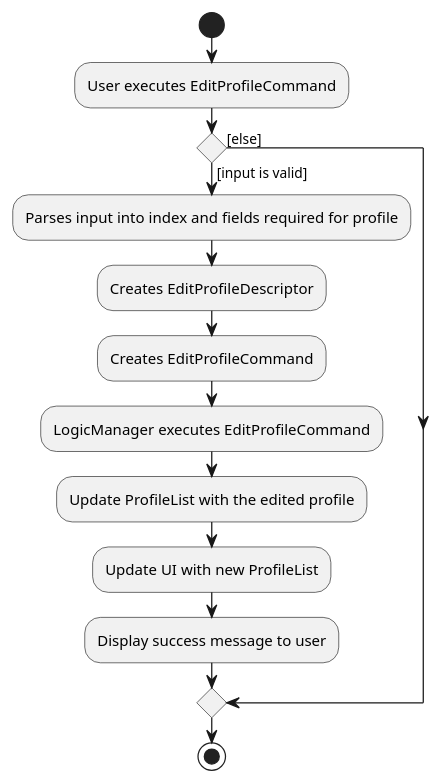
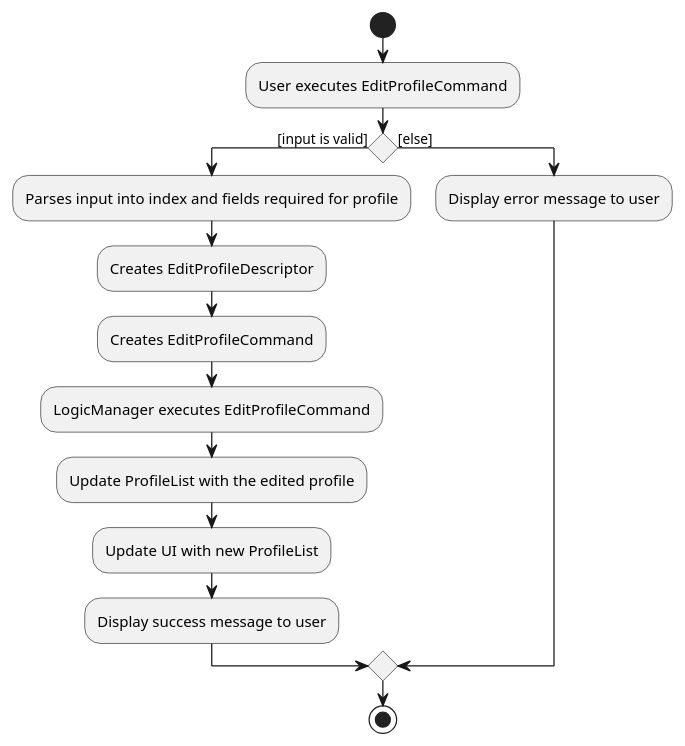
The diagram in docs/diagrams/commands/EditProfileCommandActivityDiagram.puml (nus-cs2103-AY2223S1/tp), drawn with PlantUML before and after one commit. The commit also changed 8 other files, not shown here.

Commit message:
Update activity and sequence diagrams

```diff
--- a/docs/diagrams/commands/EditProfileCommandActivityDiagram.puml
+++ b/docs/diagrams/commands/EditProfileCommandActivityDiagram.puml
@@ -1,16 +1,17 @@
 @startuml
 start
 :User executes EditProfileCommand;
 
 if () then ([input is valid])
     :Parses input into index and fields required for profile;
     :Creates EditProfileDescriptor;
     :Creates EditProfileCommand;
     :LogicManager executes EditProfileCommand;
     :Update ProfileList with the edited profile;
     :Update UI with new ProfileList;
     :Display success message to user;
 else ([else])
+    :Display error message to user;
 endif
 stop
 @enduml
```
